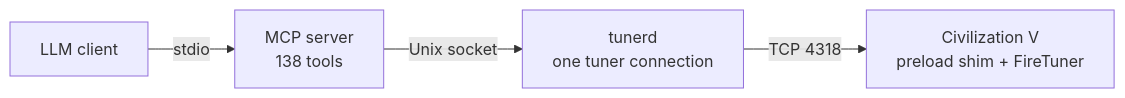
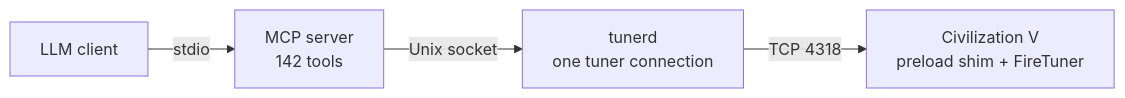
The diagram in README.md (ty-meador/civ-v-linux-mcp), drawn with Mermaid before and after one commit. The commit also changed other lines of this file and 8 other files, not shown here.

````diff
--- a/README.md
+++ b/README.md
@@ -157,6 +162,6 @@
 ```mermaid
 flowchart LR
-    A["LLM client"] -->|stdio| B["MCP server<br/>138 tools"]
+    A["LLM client"] -->|stdio| B["MCP server<br/>142 tools"]
     B -->|Unix socket| C["tunerd<br/>one tuner connection"]
     C -->|TCP 4318| D["Civilization V<br/>preload shim + FireTuner"]
 ```
````
